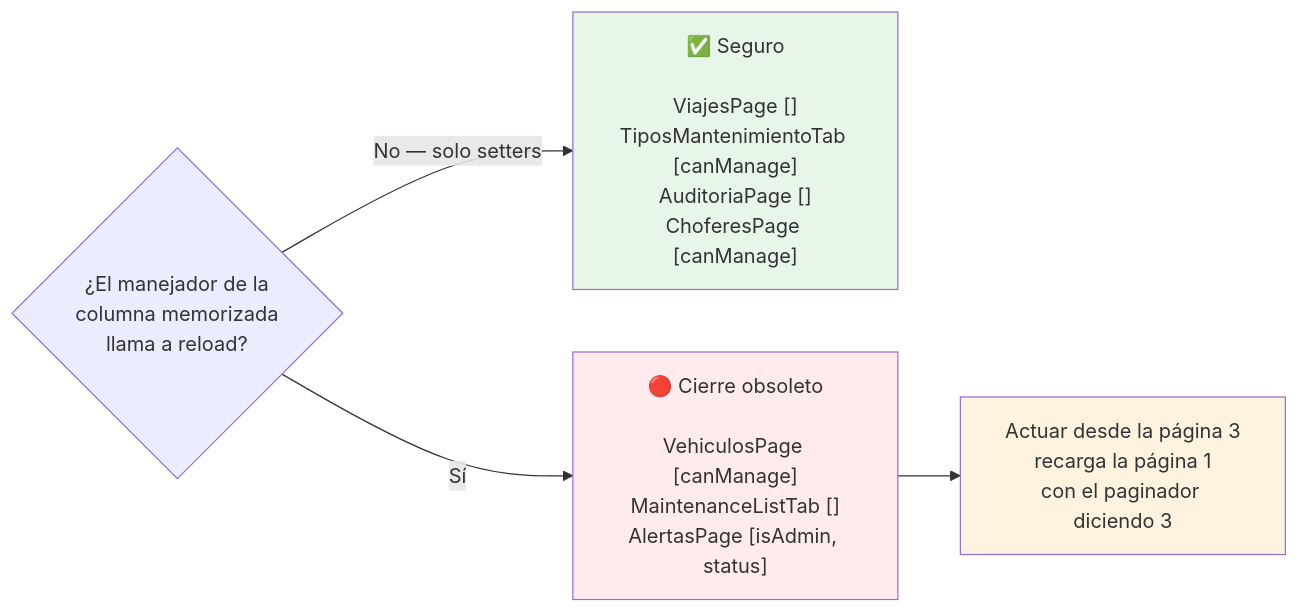
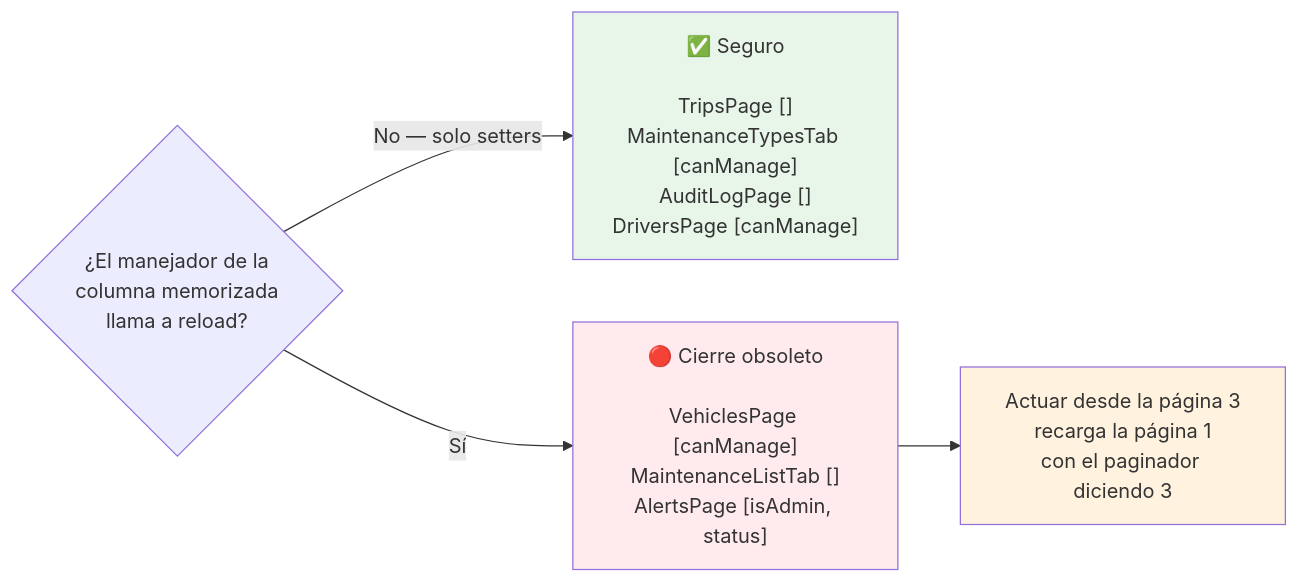
Before and after one commit to roman5983/Gesti-n-Log-stica-y-Flota-: the second of 3 diagrams in docs/manual-tecnico/22c-frontend-chofer-tableros.md, drawn with Mermaid. The commit also changed other lines of this file and 55 other files, not shown here.

````diff
--- a/docs/manual-tecnico/22c-frontend-chofer-tableros.md
+++ b/docs/manual-tecnico/22c-frontend-chofer-tableros.md
@@ -1335,13 +1335,13 @@
 ```mermaid
 graph LR
     Q{"¿El manejador de la<br/>columna memorizada<br/>llama a reload?"}
 
-    Q -->|No — solo setters| OK["✅ Seguro<br/><br/>ViajesPage []<br/>TiposMantenimientoTab [canManage]<br/>AuditoriaPage []<br/>ChoferesPage [canManage]"]
-    Q -->|"Sí"| BUG["🔴 Cierre obsoleto<br/><br/>VehiculosPage [canManage]<br/>MaintenanceListTab []<br/>AlertasPage [isAdmin, status]"]
+    Q -->|No — solo setters| OK["✅ Seguro<br/><br/>TripsPage []<br/>MaintenanceTypesTab [canManage]<br/>AuditLogPage []<br/>DriversPage [canManage]"]
+    Q -->|"Sí"| BUG["🔴 Cierre obsoleto<br/><br/>VehiclesPage [canManage]<br/>MaintenanceListTab []<br/>AlertsPage [isAdmin, status]"]
 
     BUG --> FIX["Actuar desde la página 3<br/>recarga la página 1<br/>con el paginador diciendo 3"]
 
     style OK fill:#e8f5e9
     style BUG fill:#ffebee
     style FIX fill:#fff3e0
 ```
````
